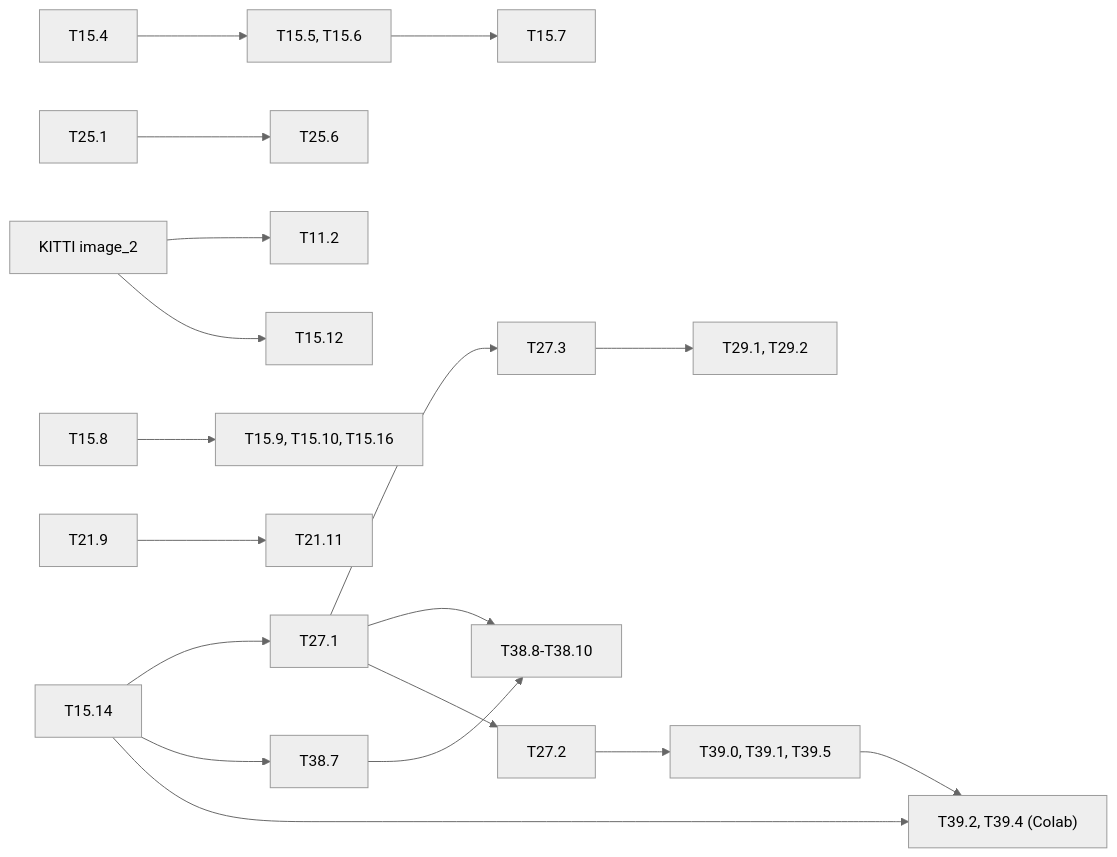
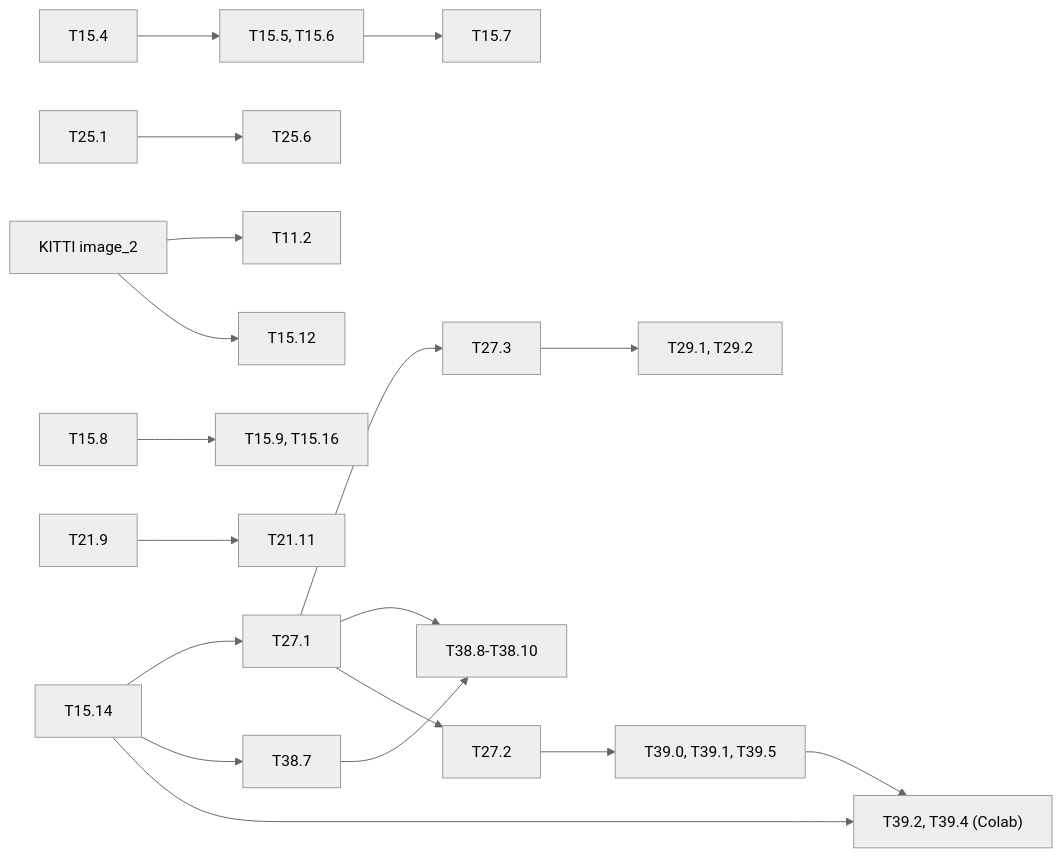
One commit to lrivals/EmbeddedComputervision changed the diagram in docs/tasks/long-runs.md. Above: the diagram before and after it, drawn with Mermaid (neutral theme). The commit also changed other lines of this file and 1 other file, not shown here.

Commit message:
M15: VisDrone ignored regions move the mAP by +0.004 point (T15.10)

````diff
--- a/docs/tasks/long-runs.md
+++ b/docs/tasks/long-runs.md
@@ -156,13 +154,13 @@
 ```mermaid
 graph LR
   T1514[T15.14] --> T271[T27.1] --> T273[T27.3] --> T29["T29.1, T29.2"]
   T251[T25.1] --> T256[T25.6]
   KITTI["KITTI image_2"] --> T112[T11.2] & T1512[T15.12]
   T154[T15.4] --> T155["T15.5, T15.6"] --> T157[T15.7]
-  T158[T15.8] --> T159["T15.9, T15.10, T15.16"]
+  T158[T15.8] --> T159["T15.9, T15.16"]
   T219[T21.9] --> T2111[T21.11]
   T1514 --> T387[T38.7] --> T388["T38.8-T38.10"]
   T271 --> T388
   T271 --> T272[T27.2] --> T39["T39.0, T39.1, T39.5"] --> T392["T39.2, T39.4 (Colab)"]
   T1514 --> T392
 ```
````
